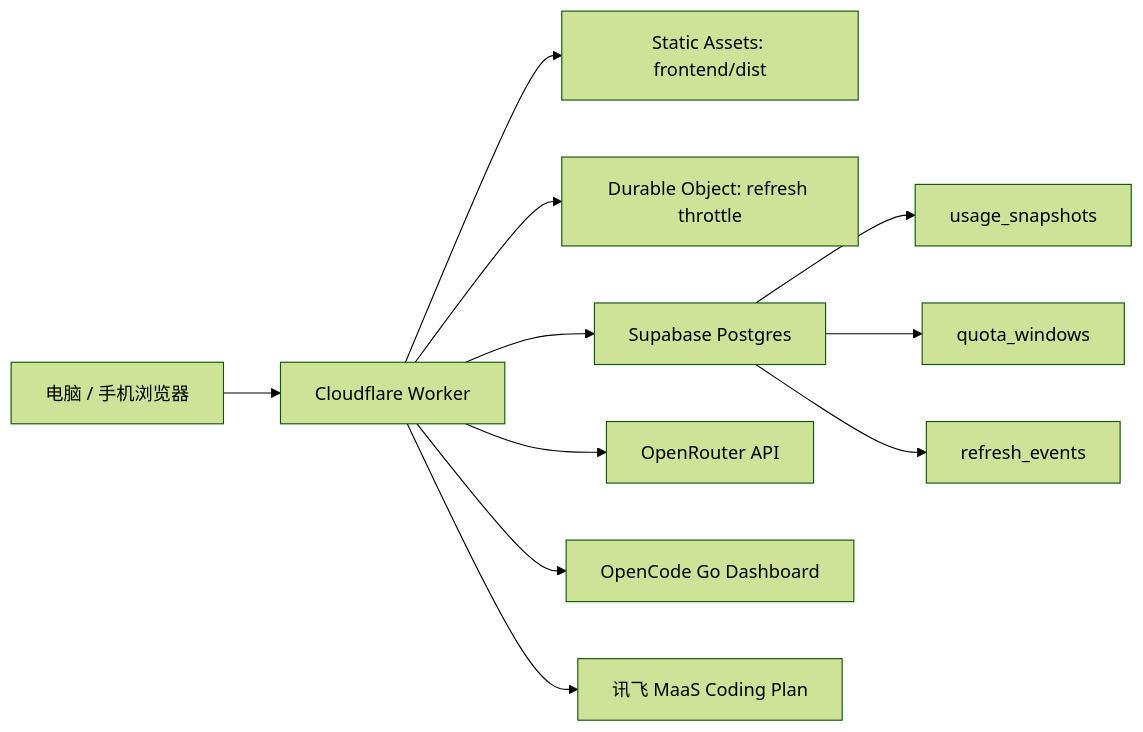
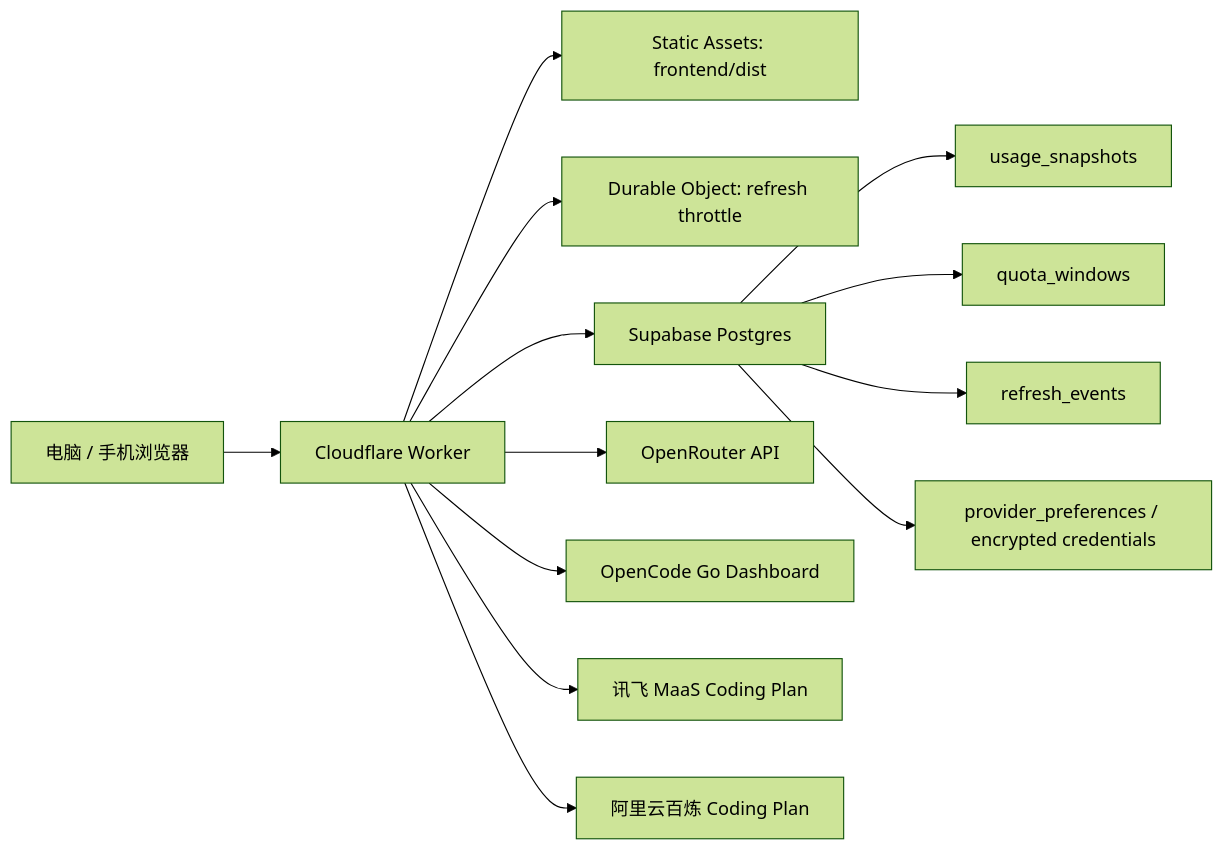
One commit to jarvislee90s-dot/API-MONITOR changed the diagram in README.md. Above: the diagram before and after it, drawn with Mermaid (forest theme). The commit also changed other lines of this file and 26 other files, not shown here.

````diff
--- a/README.md
+++ b/README.md
@@ -34,14 +38,16 @@
 ```mermaid
 flowchart LR
   Browser["电脑 / 手机浏览器"] --> Worker["Cloudflare Worker"]
   Worker --> Assets["Static Assets: frontend/dist"]
   Worker --> DO["Durable Object: refresh throttle"]
   Worker --> Supabase["Supabase Postgres"]
   Worker --> OpenRouter["OpenRouter API"]
   Worker --> OpenCode["OpenCode Go Dashboard"]
   Worker --> Xfyun["讯飞 MaaS Coding Plan"]
+  Worker --> Bailian["阿里云百炼 Coding Plan"]
 
   Supabase --> Snapshots["usage_snapshots"]
   Supabase --> Windows["quota_windows"]
   Supabase --> Events["refresh_events"]
+  Supabase --> Settings["provider_preferences / encrypted credentials"]
 ```
````
